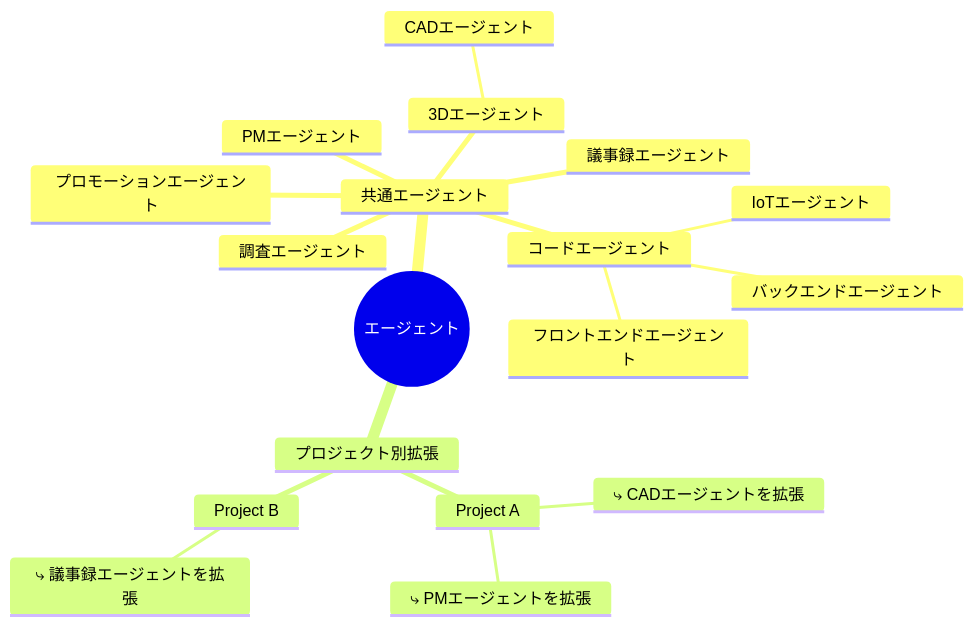
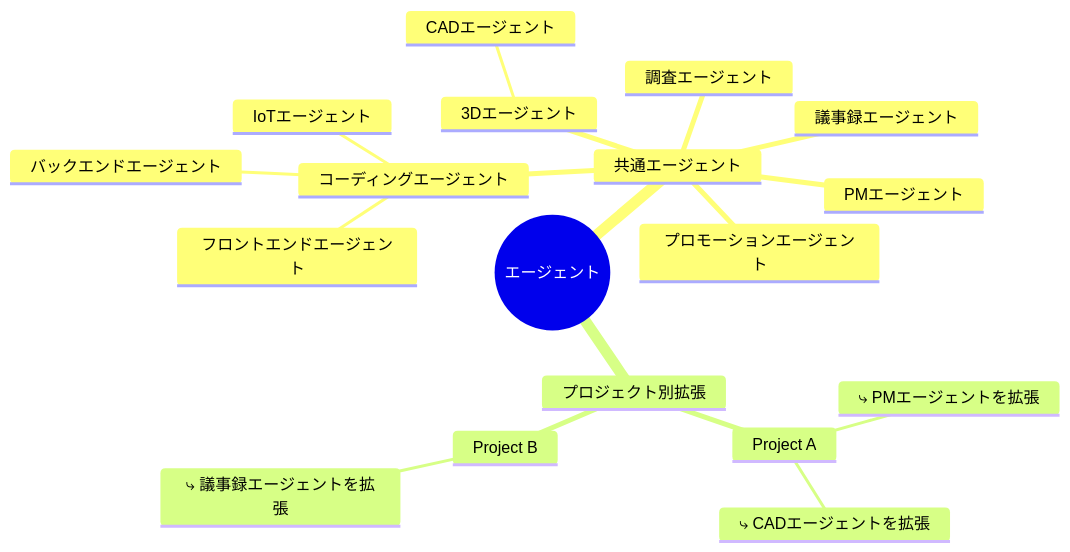
The first of 6 diagrams in docs/UML/AGENTS.md (supertask/RealworldAgent), drawn with Mermaid before and after one commit. The commit also changed other lines of this file and 8 other files, not shown here.

Commit message:
update agents UML

````diff
--- a/docs/UML/AGENTS.md
+++ b/docs/UML/AGENTS.md
@@ -7,22 +7,22 @@
 ```mermaid
 mindmap
   root((エージェント))
     共通エージェント
       PMエージェント
       議事録エージェント
-      コードエージェント
+      コーディングエージェント
         フロントエンドエージェント
         バックエンドエージェント
         IoTエージェント
       調査エージェント
       プロモーションエージェント
       3Dエージェント
         CADエージェント
     プロジェクト別拡張
       Project A
         ⤷ PMエージェントを拡張
         ⤷ CADエージェントを拡張
       Project B
         ⤷ 議事録エージェントを拡張
 
 ```
````
